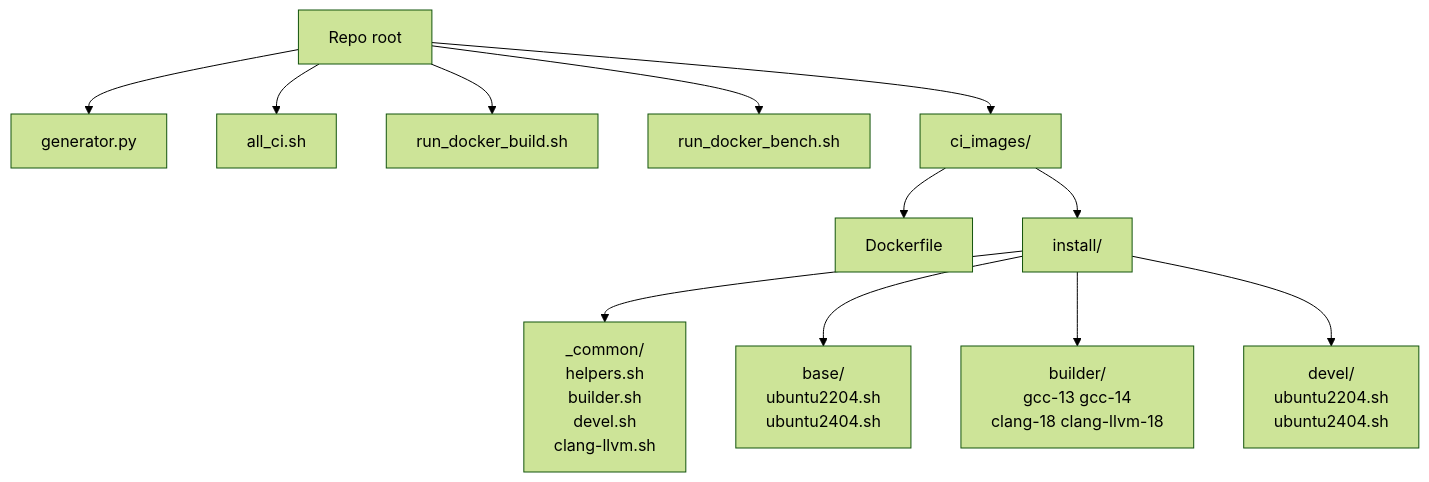
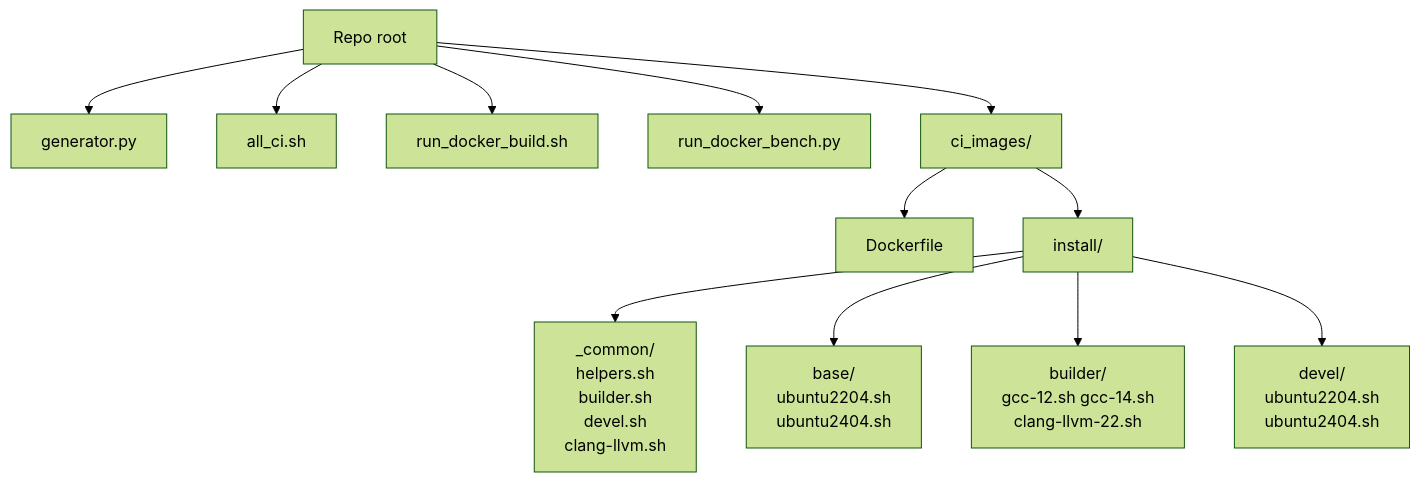
One commit to Silmaen/DockerImages changed the first of 8 diagrams in README.md. Above: the diagram before and after it, drawn with Mermaid (forest theme). The commit also changed other lines of this file and 16 other files, not shown here.

````diff
--- a/README.md
+++ b/README.md
@@ -66,14 +73,14 @@
 ```mermaid
 graph TD
     R[Repo root] --> G[generator.py]
     R --> A[all_ci.sh]
     R --> B[run_docker_build.sh]
-    R --> N[run_docker_bench.sh]
+    R --> N[run_docker_bench.py]
     R --> C[ci_images/]
     C --> D[Dockerfile]
     C --> I[install/]
     I --> CO[_common/<br/>helpers.sh<br/>builder.sh<br/>devel.sh<br/>clang-llvm.sh]
     I --> IB[base/<br/>ubuntu2204.sh<br/>ubuntu2404.sh]
-    I --> IR[builder/<br/>gcc-13 gcc-14<br/>clang-18 clang-llvm-18]
+    I --> IR[builder/<br/>gcc-12.sh gcc-14.sh<br/>clang-llvm-22.sh]
     I --> IV[devel/<br/>ubuntu2204.sh<br/>ubuntu2404.sh]
 ```
````
